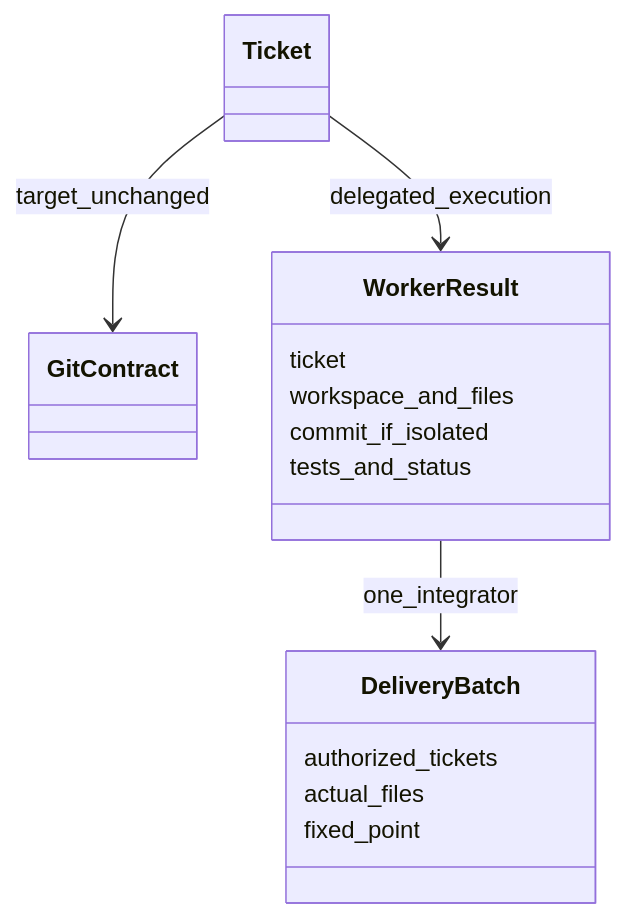
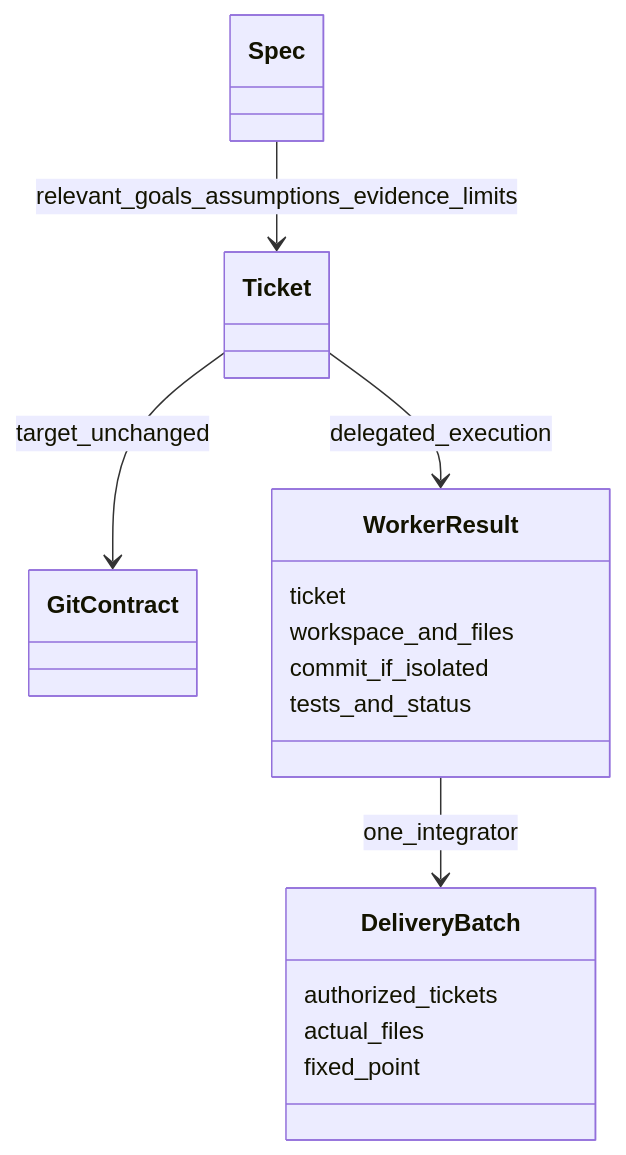
One commit to liu-qingyuan/skills-sync-lqy changed the eighth of 8 diagrams in docs/architecture/spec-implementation.md. Above: the diagram before and after it, drawn with Mermaid. The commit also changed other lines of this file and 10 other files, not shown here.

````diff
--- a/docs/architecture/spec-implementation.md
+++ b/docs/architecture/spec-implementation.md
@@ -113,19 +117,21 @@
 ```mermaid
 classDiagram
+    class Spec
     class Ticket
+    Spec --> Ticket : relevant_goals_assumptions_evidence_limits
     class GitContract
     class WorkerResult {
         ticket
         workspace_and_files
         commit_if_isolated
         tests_and_status
     }
     class DeliveryBatch {
         authorized_tickets
         actual_files
         fixed_point
     }
     Ticket --> GitContract : target_unchanged
     Ticket --> WorkerResult : delegated_execution
     WorkerResult --> DeliveryBatch : one_integrator
 ```
````
